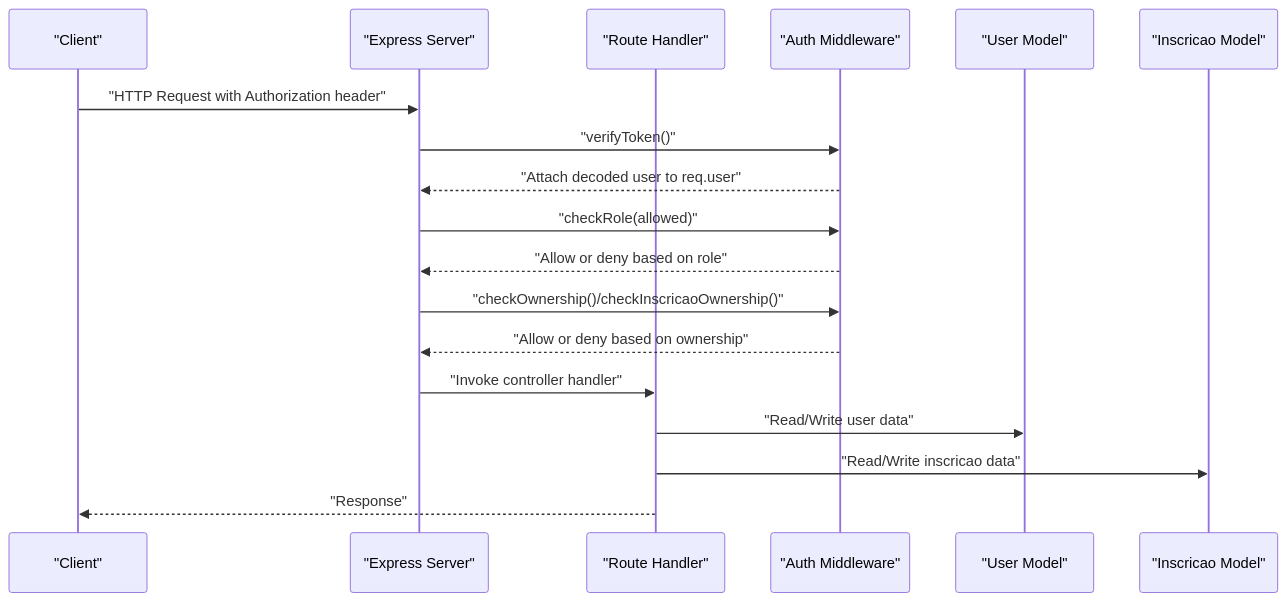
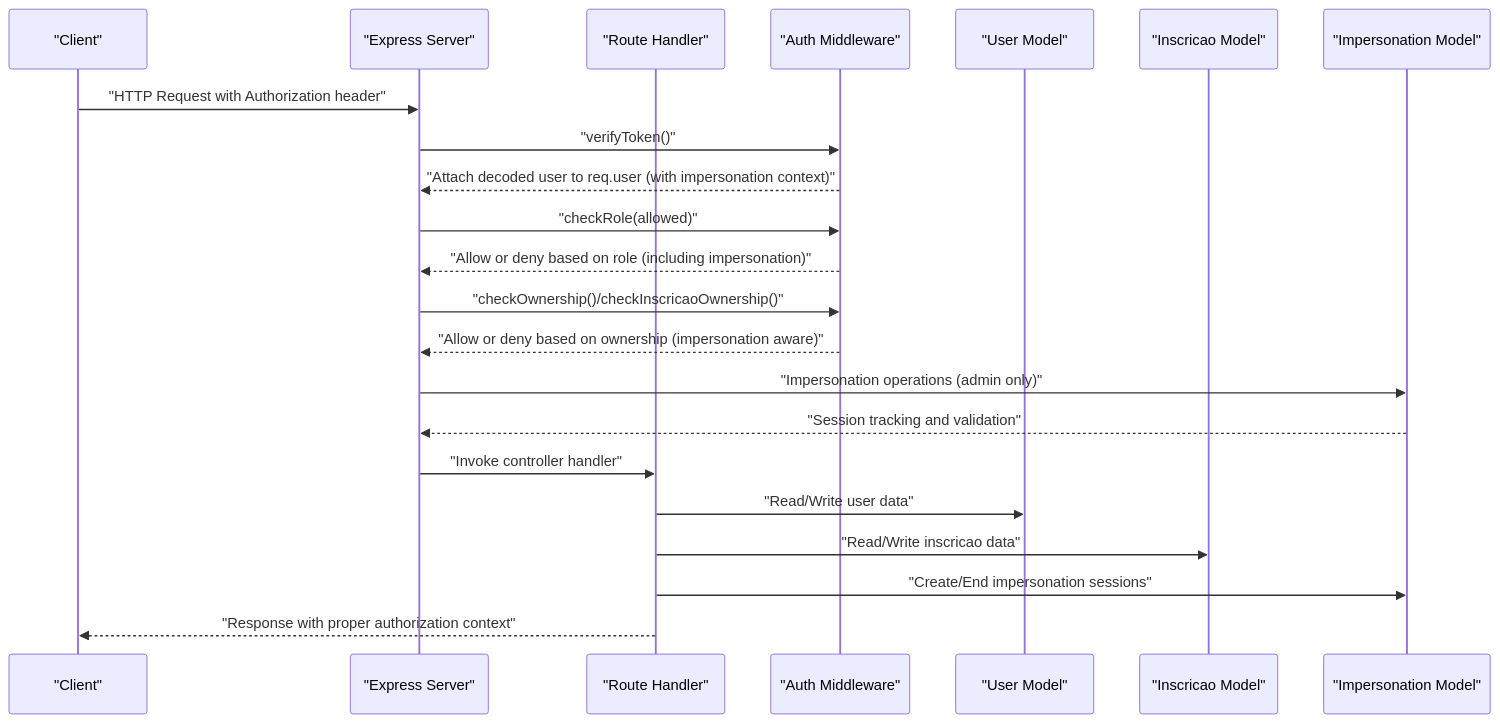
The second of 4 diagrams in .qoder/repowiki/en/content/Authentication & Authorization System/Role-Based Access Control (RBAC).md (luiseduacosta/nodemural), drawn with Mermaid before and after one commit. The commit also changed other lines of this file and 16 other files, not shown here.

````diff
--- a/.qoder/repowiki/en/content/Authentication & Authorization System/Role-Based Access Control (RBAC).md
+++ b/.qoder/repowiki/en/content/Authentication & Authorization System/Role-Based Access Control (RBAC).md
@@ -125,20 +162,24 @@
 ```mermaid
 sequenceDiagram
 participant C as "Client"
 participant S as "Express Server"
 participant R as "Route Handler"
 participant MW as "Auth Middleware"
 participant U as "User Model"
 participant I as "Inscricao Model"
+participant P as "Impersonation Model"
 C->>S : "HTTP Request with Authorization header"
 S->>MW : "verifyToken()"
-MW-->>S : "Attach decoded user to req.user"
+MW-->>S : "Attach decoded user to req.user (with impersonation context)"
 S->>MW : "checkRole(allowed)"
-MW-->>S : "Allow or deny based on role"
+MW-->>S : "Allow or deny based on role (including impersonation)"
 S->>MW : "checkOwnership()/checkInscricaoOwnership()"
-MW-->>S : "Allow or deny based on ownership"
+MW-->>S : "Allow or deny based on ownership (impersonation aware)"
+S->>P : "Impersonation operations (admin only)"
+P-->>S : "Session tracking and validation"
 S->>R : "Invoke controller handler"
 R->>U : "Read/Write user data"
 R->>I : "Read/Write inscricao data"
-R-->>C : "Response"
+R->>P : "Create/End impersonation sessions"
+R-->>C : "Response with proper authorization context"
 ```
````
